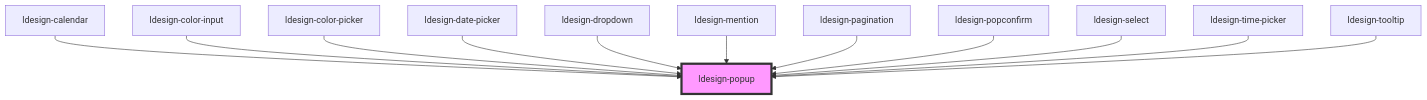
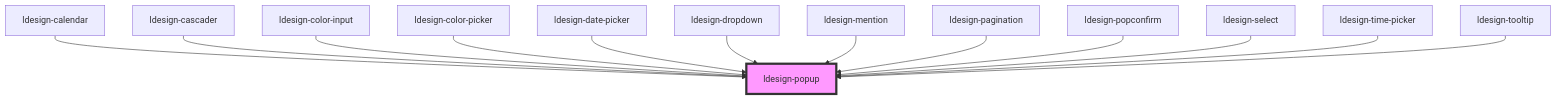
The diagram in packages/webcomponent/src/components/popup/readme.md (poly1603/ldesign), drawn with Mermaid before and after one commit. The commit also changed other lines of this file and 6 other files, not shown here.

````diff
--- a/packages/webcomponent/src/components/popup/readme.md
+++ b/packages/webcomponent/src/components/popup/readme.md
@@ -111,15 +112,16 @@
 ```mermaid
 graph TD;
   ldesign-calendar --> ldesign-popup
+  ldesign-cascader --> ldesign-popup
   ldesign-color-input --> ldesign-popup
   ldesign-color-picker --> ldesign-popup
   ldesign-date-picker --> ldesign-popup
   ldesign-dropdown --> ldesign-popup
   ldesign-mention --> ldesign-popup
   ldesign-pagination --> ldesign-popup
   ldesign-popconfirm --> ldesign-popup
   ldesign-select --> ldesign-popup
   ldesign-time-picker --> ldesign-popup
   ldesign-tooltip --> ldesign-popup
   style ldesign-popup fill:#f9f,stroke:#333,stroke-width:4px
 ```
````
